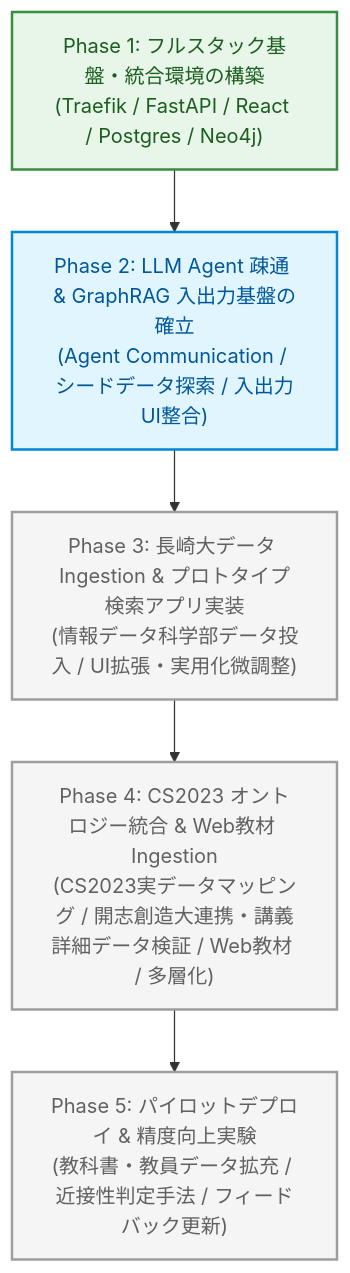
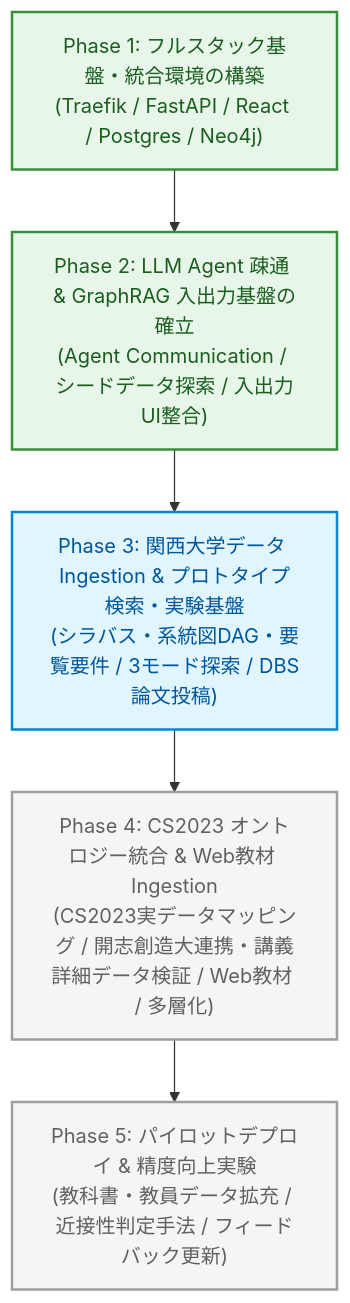
The diagram in docs/roadmap.md (cyanosome/course-navigator), drawn with Mermaid before and after one commit. The commit also changed other lines of this file and 1 other file, not shown here.

Commit message:
docs: 研究・開発ロードマップおよびREADMEの進捗更新 (Phase 3関西大学・3モード探索・DBS論文投稿)

````diff
--- a/docs/roadmap.md
+++ b/docs/roadmap.md
@@ -26,20 +26,20 @@
 ```mermaid
 flowchart TD
     P1["Phase 1: フルスタック基盤・統合環境の構築<br/>(Traefik / FastAPI / React / Postgres / Neo4j)"]
     P2["Phase 2: LLM Agent 疎通 & GraphRAG 入出力基盤の確立<br/>(Agent Communication / シードデータ探索 / 入出力UI整合)"]
-    P3["Phase 3: 長崎大データ Ingestion & プロトタイプ検索アプリ実装<br/>(情報データ科学部データ投入 / UI拡張・実用化微調整)"]
+    P3["Phase 3: 関西大学データ Ingestion & プロトタイプ検索・実験基盤<br/>(シラバス・系統図DAG・要覧要件 / 3モード探索 / DBS論文投稿)"]
     P4["Phase 4: CS2023 オントロジー統合 & Web教材 Ingestion<br/>(CS2023実データマッピング / 開志創造大連携・講義詳細データ検証 / Web教材 / 多層化)"]
     P5["Phase 5: パイロットデプロイ & 精度向上実験<br/>(教科書・教員データ拡充 / 近接性判定手法 / フィードバック更新)"]
 
     P1 --> P2
     P2 --> P3
     P3 --> P4
     P4 --> P5
 
     classDef done fill:#e8f5e9,stroke:#388e3c,stroke-width:2px,color:#1b5e20;
     classDef current fill:#e1f5fe,stroke:#0288d1,stroke-width:2px,color:#01579b;
     classDef future fill:#f5f5f5,stroke:#9e9e9e,stroke-width:2px,color:#616161;
-    class P1 done;
-    class P2 current;
-    class P3,P4,P5 future;
+    class P1,P2 done;
+    class P3 current;
+    class P4,P5 future;
 ```
````
